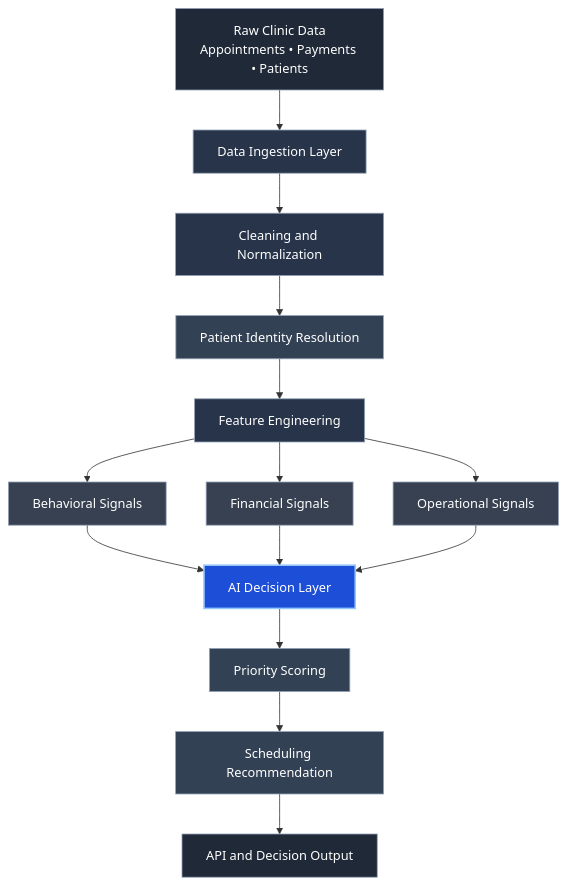
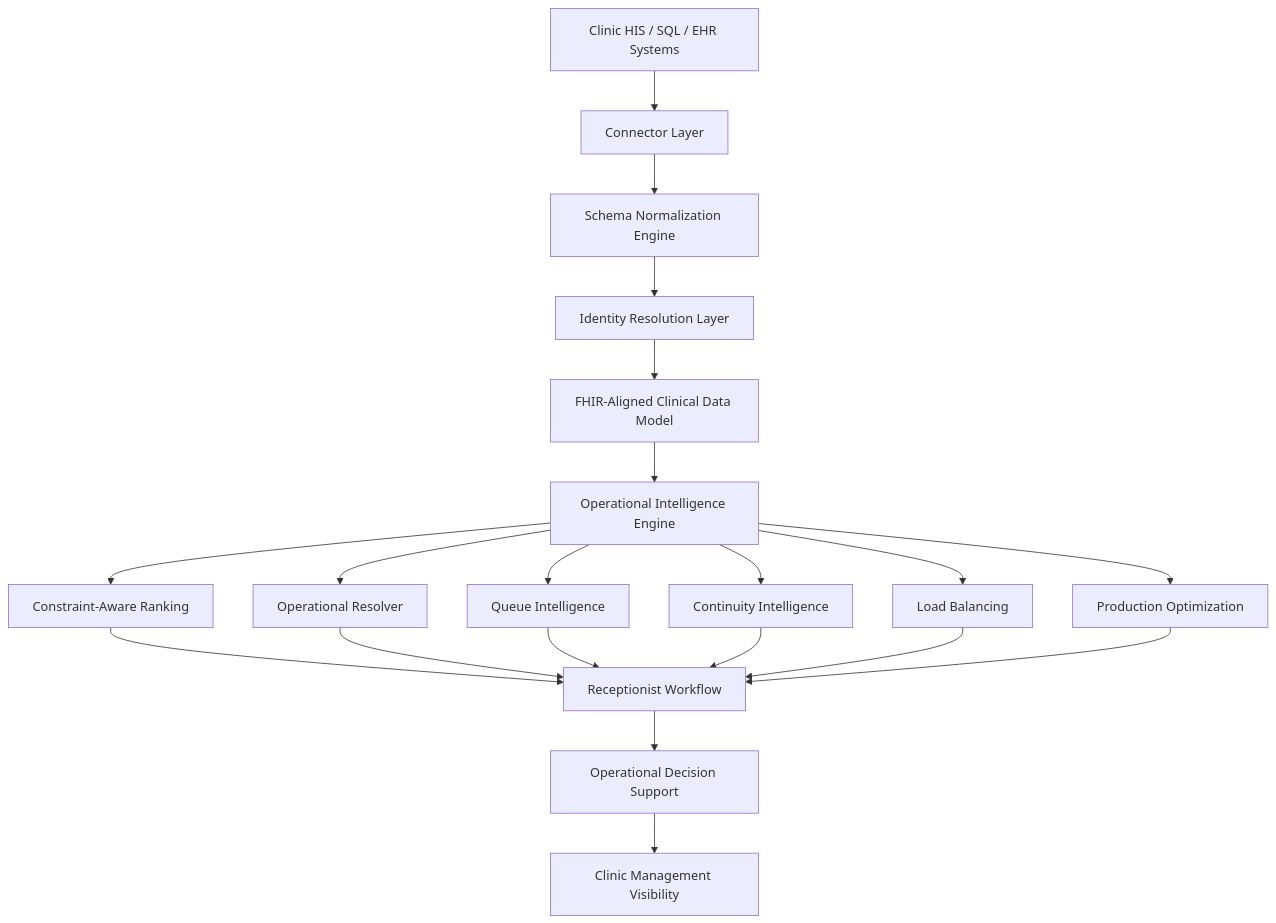
The diagram in README.md (nimasaraeian/atieh-ai-showcase), drawn with Mermaid before and after one commit. The commit also changed other lines of this file, not shown here.

````diff
--- a/README.md
+++ b/README.md
@@ -107,33 +356,31 @@
 ```mermaid
 flowchart TB
 
-A[Raw Clinic Data<br/>Appointments • Payments • Patients] --> B[Data Ingestion Layer]
-B --> C[Cleaning and Normalization]
-C --> D[Patient Identity Resolution]
-D --> E[Feature Engineering]
+A[Clinic HIS / SQL / EHR Systems] --> B[Connector Layer]
 
-E --> F[Behavioral Signals]
-E --> G[Financial Signals]
-E --> H[Operational Signals]
+B --> C[Schema Normalization Engine]
 
-F --> I[AI Decision Layer]
-G --> I
-H --> I
+C --> D[Identity Resolution Layer]
 
-I --> J[Priority Scoring]
-J --> K[Scheduling Recommendation]
-K --> L[API and Decision Output]
+D --> E[FHIR-Aligned Clinical Data Model]
 
-style A fill:#1f2937,stroke:#94a3b8,color:#ffffff
-style B fill:#273449,stroke:#94a3b8,color:#ffffff
-style C fill:#273449,stroke:#94a3b8,color:#ffffff
-style D fill:#334155,stroke:#94a3b8,color:#ffffff
-style E fill:#273449,stroke:#94a3b8,color:#ffffff
-style F fill:#374151,stroke:#94a3b8,color:#ffffff
-style G fill:#374151,stroke:#94a3b8,color:#ffffff
-style H fill:#374151,stroke:#94a3b8,color:#ffffff
-style I fill:#1d4ed8,stroke:#93c5fd,color:#ffffff,stroke-width:2px
-style J fill:#334155,stroke:#94a3b8,color:#ffffff
-style K fill:#334155,stroke:#94a3b8,color:#ffffff
-style L fill:#1f2937,stroke:#94a3b8,color:#ffffff
+E --> F[Operational Intelligence Engine]
+
+F --> G[Constraint-Aware Ranking]
+F --> H[Operational Resolver]
+F --> I[Queue Intelligence]
+F --> J[Continuity Intelligence]
+F --> K[Load Balancing]
+F --> L[Production Optimization]
+
+G --> M[Receptionist Workflow]
+H --> M
+I --> M
+J --> M
+K --> M
+L --> M
+
+M --> N[Operational Decision Support]
+
+N --> O[Clinic Management Visibility]
 ```
````
